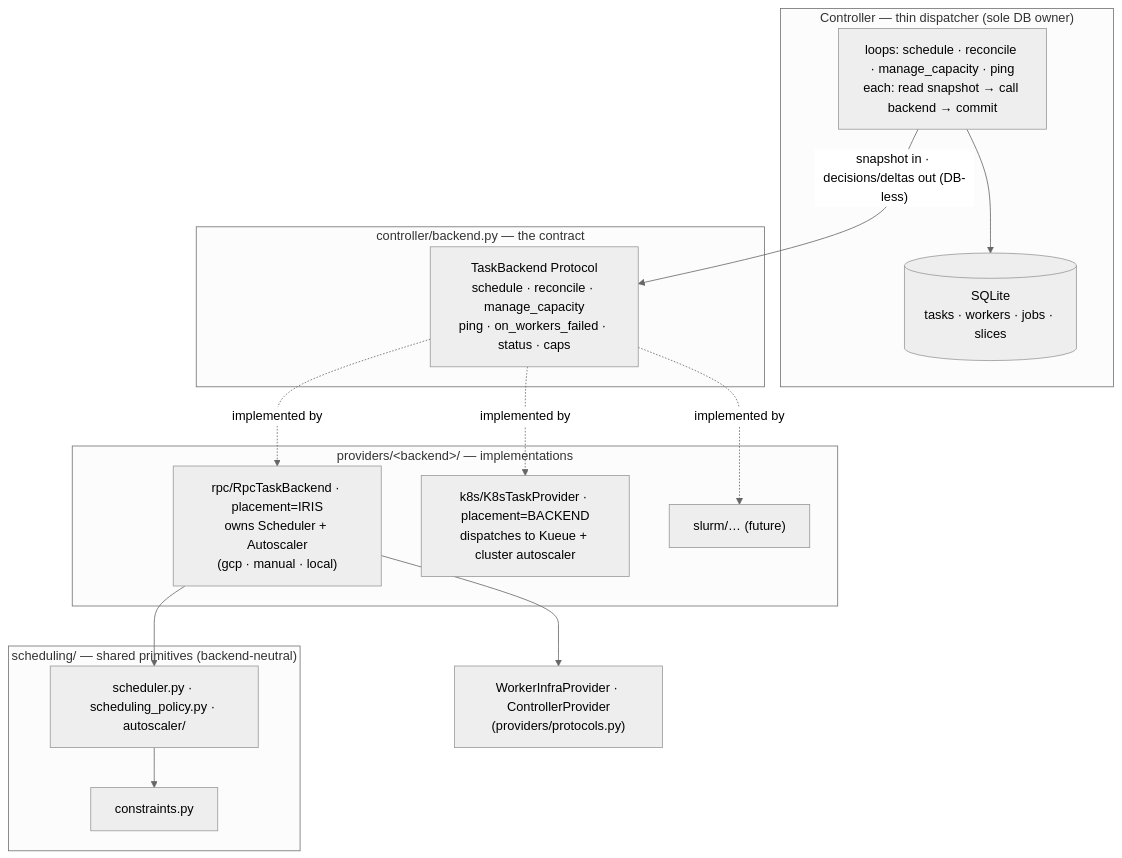
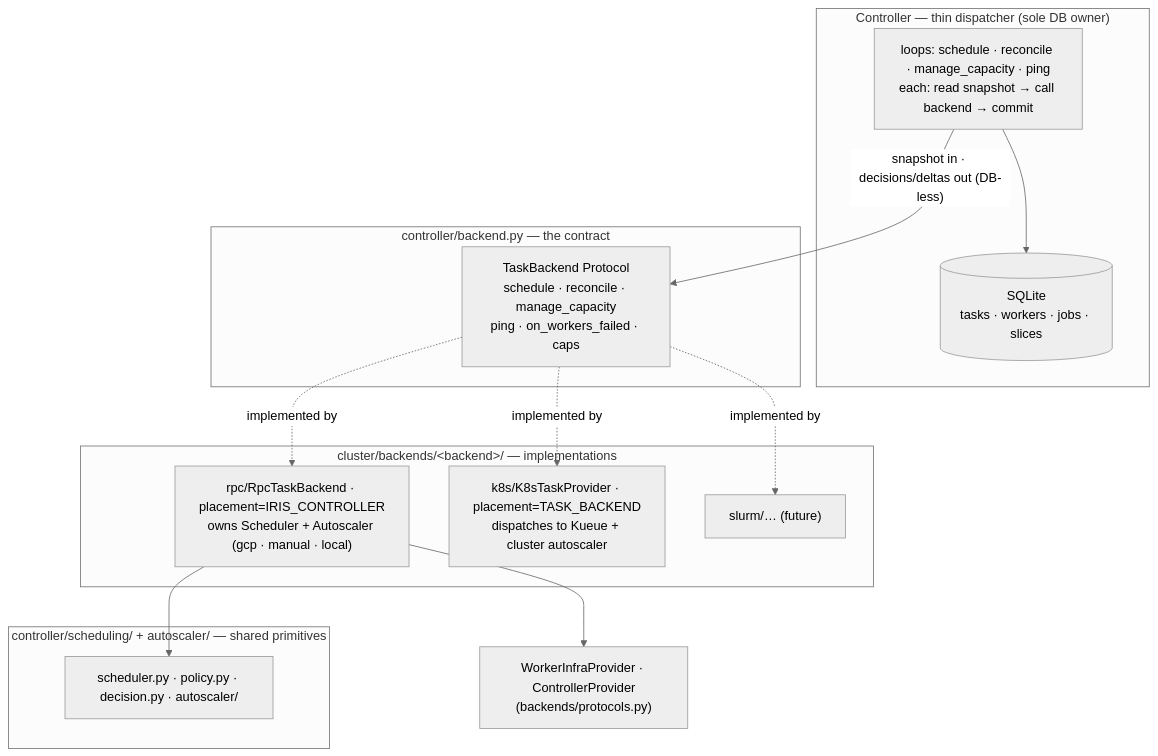
The diagram in docs/plans/iris-taskprovider-contract.md (marin-community/marin), drawn with Mermaid (neutral theme) before and after one commit. The commit also changed other lines of this file and 18 other files, not shown here.

First line of the commit message:
[iris] Retire the direct_provider vocabulary in favor of dispatch

````diff
--- a/docs/plans/iris-taskprovider-contract.md
+++ b/docs/plans/iris-taskprovider-contract.md
@@ -444,33 +116,26 @@
 ```mermaid
 flowchart TD
     subgraph shell["Controller — thin dispatcher (sole DB owner)"]
         LOOPS["loops: schedule · reconcile · manage_capacity · ping<br/>each: read snapshot → call backend → commit"]
         DB[("SQLite<br/>tasks · workers · jobs · slices")]
     end
-
     subgraph contract["controller/backend.py — the contract"]
-        TB["TaskBackend Protocol<br/>schedule · reconcile · manage_capacity<br/>ping · on_workers_failed · status · caps"]
+        TB["TaskBackend Protocol<br/>schedule · reconcile · manage_capacity<br/>ping · on_workers_failed · caps"]
     end
-
-    subgraph impls["providers/&lt;backend&gt;/ — implementations"]
-        RPC["rpc/RpcTaskBackend · placement=IRIS<br/>owns Scheduler + Autoscaler<br/>(gcp · manual · local)"]
-        K8S["k8s/K8sTaskProvider · placement=BACKEND<br/>dispatches to Kueue + cluster autoscaler"]
+    subgraph impls["cluster/backends/&lt;backend&gt;/ — implementations"]
+        RPC["rpc/RpcTaskBackend · placement=IRIS_CONTROLLER<br/>owns Scheduler + Autoscaler (gcp · manual · local)"]
+        K8S["k8s/K8sTaskProvider · placement=TASK_BACKEND<br/>dispatches to Kueue + cluster autoscaler"]
         SLURM["slurm/… (future)"]
     end
-
-    subgraph prim["scheduling/ — shared primitives (backend-neutral)"]
-        SP["scheduler.py · scheduling_policy.py · autoscaler/"]
-        CN["constraints.py"]
+    subgraph prim["controller/scheduling/ + autoscaler/ — shared primitives"]
+        SP["scheduler.py · policy.py · decision.py · autoscaler/"]
     end
-
-    INFRA["WorkerInfraProvider · ControllerProvider<br/>(providers/protocols.py)"]
-
+    INFRA["WorkerInfraProvider · ControllerProvider<br/>(backends/protocols.py)"]
     LOOPS --> DB
     LOOPS -->|"snapshot in · decisions/deltas out (DB-less)"| TB
     TB -.implemented by.-> RPC
     TB -.implemented by.-> K8S
     TB -.implemented by.-> SLURM
     RPC --> SP
-    SP --> CN
     RPC --> INFRA
 ```
````
